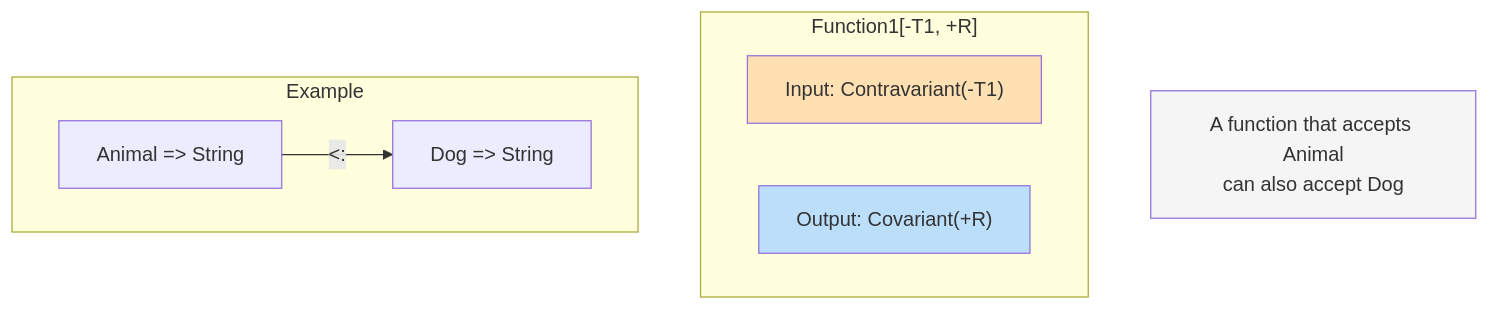
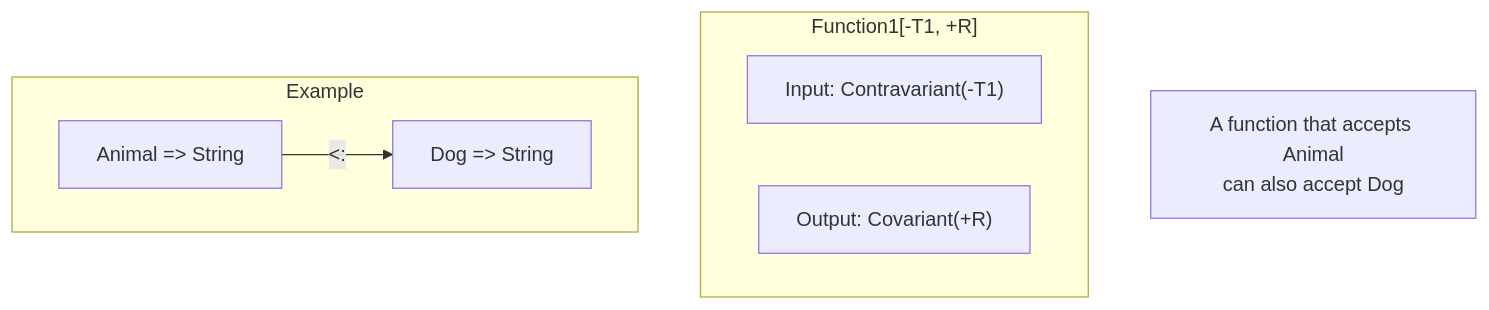
The second of 2 diagrams in content/en/scala/concepts/variance.md (advanced-beginner/advanced-beginner.github.io), drawn with Mermaid before and after one commit. The commit also changed other lines of this file and 35 other files, not shown here.

First line of the commit message:
refactor: Mermaid 다이어그램 개선

````diff
--- a/content/en/scala/concepts/variance.md
+++ b/content/en/scala/concepts/variance.md
@@ -152,20 +145,16 @@
 ```mermaid
 graph TB
     subgraph "Function1[-T1, +R]"
         direction LR
         Input["Input: Contravariant(-T1)"]
         Output["Output: Covariant(+R)"]
     end
 
     subgraph "Example"
         F1["Animal => String"]
         F2["Dog => String"]
         F1 -->|"<:"| F2
     end
 
     Note["A function that accepts Animal<br/>can also accept Dog"]
-
-    style Input fill:#ffe0b2
-    style Output fill:#bbdefb
-    style Note fill:#f5f5f5
 ```
````
